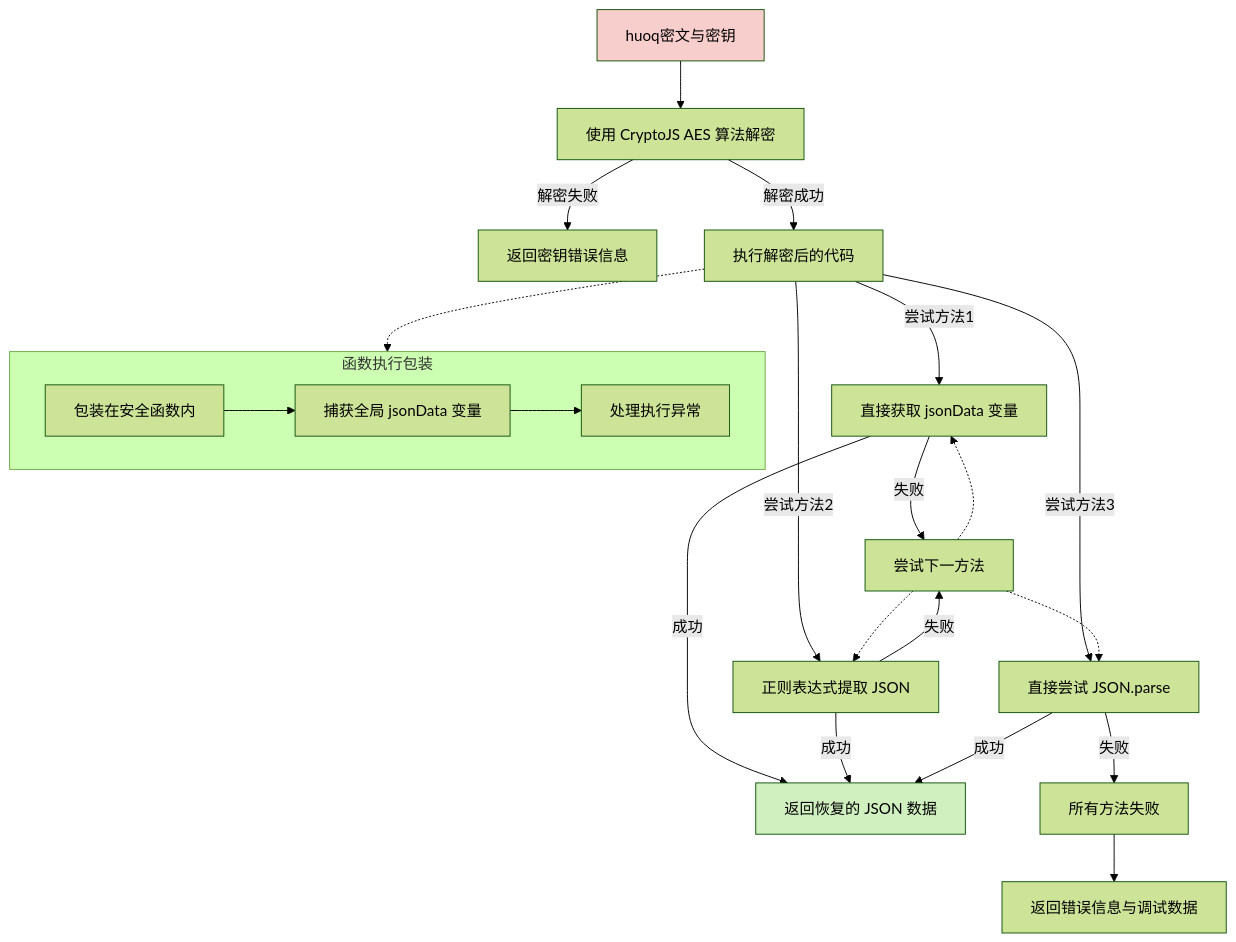
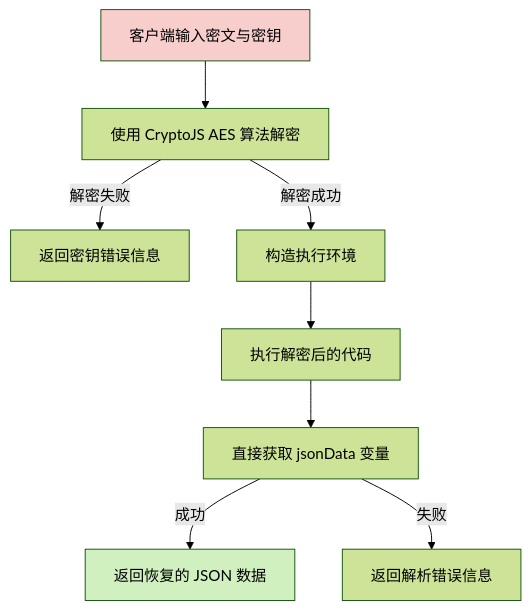
One commit to yingjianzh/iodraw-files changed the diagram in all/未命名-42.md. Above: the diagram before and after it, drawn with Mermaid (forest theme).

Commit message:
2025-04-24 17:56:28 update

````diff
--- a/all/未命名-42.md
+++ b/all/未命名-42.md
@@ -1,36 +1,13 @@
 ```mermaid
-
 flowchart TD
-    A[huoq密文与密钥] --> B[使用 CryptoJS AES 算法解密]
+    A[客户端输入密文与密钥] --> B[使用 CryptoJS AES 算法解密]
     B -->|解密失败| C[返回密钥错误信息]
-    B -->|解密成功| D[执行解密后的代码]
-    
-    D -->|尝试方法1| E[直接获取 jsonData 变量]
-    D -->|尝试方法2| F[正则表达式提取 JSON]
-    D -->|尝试方法3| G[直接尝试 JSON.parse]
-    
-    E -->|成功| H[返回恢复的 JSON 数据]
-    F -->|成功| H
-    G -->|成功| H
-    
-    E -->|失败| I[尝试下一方法]
-    F -->|失败| I
-    G -->|失败| J[所有方法失败]
-    
-    I -.-> E
-    I -.-> F
-    I -.-> G
-    
-    J --> K[返回错误信息与调试数据]
-    
-    subgraph 函数执行包装
-    D1[包装在安全函数内] --> D2[捕获全局 jsonData 变量]
-    D2 --> D3[处理执行异常]
-    end
-    
-    D -.-> 函数执行包装
+    B -->|解密成功| D[构造执行环境]
+    D --> E[执行解密后的代码]
+    E --> F[直接获取 jsonData 变量]
+    F -->|成功| G[返回恢复的 JSON 数据]
+    F -->|失败| H[返回解析错误信息]
     
     style A fill:#f8cecc
-    style H fill:#d0f0c0
-
+    style G fill:#d0f0c0
 ```
````
